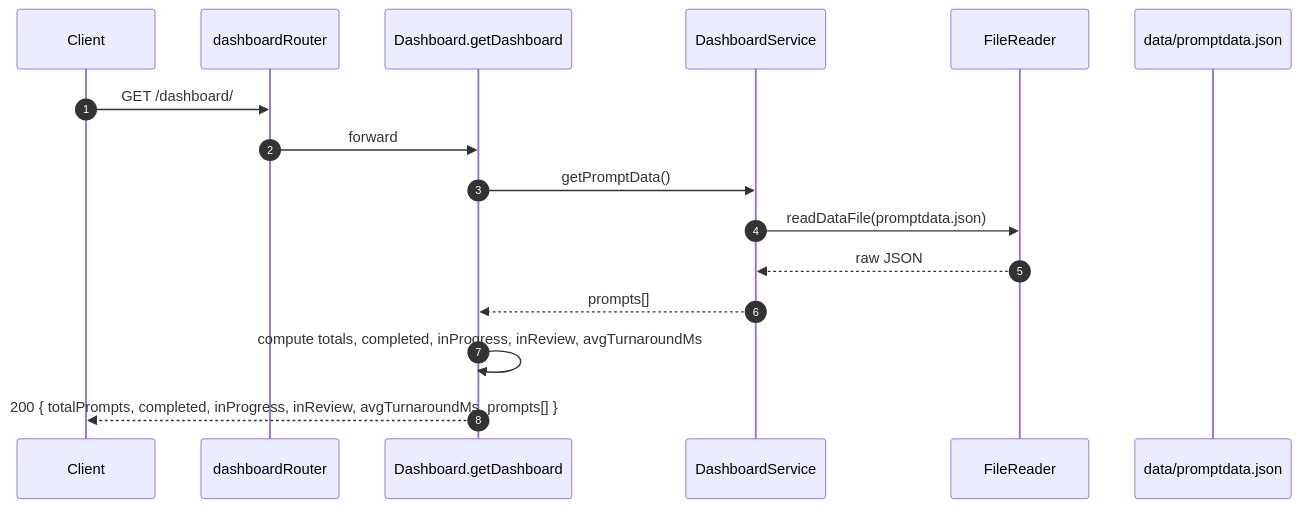
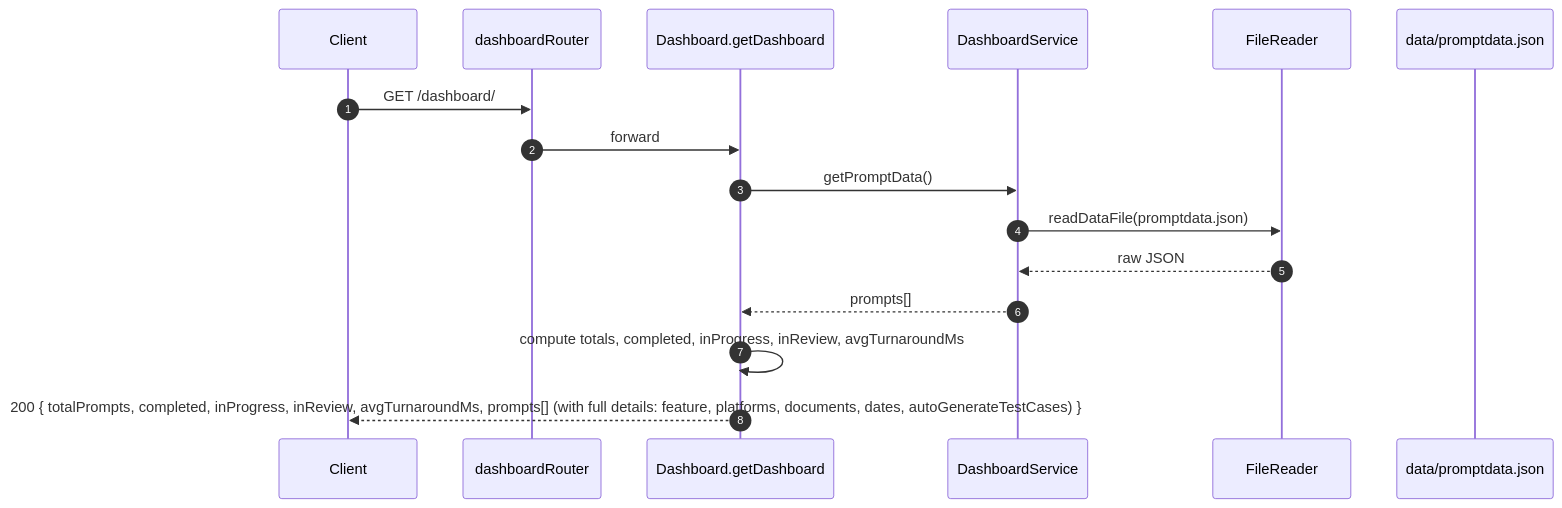
One commit to iamcasperwein/testcase-analysis-and-generator changed the ninth of 17 diagrams in README.md. Above: the diagram before and after it, drawn with Mermaid. The commit also changed other lines of this file and 11 other files, not shown here.

````diff
--- a/README.md
+++ b/README.md
@@ -775,19 +801,19 @@
 ```mermaid
 sequenceDiagram
     autonumber
     participant Client
     participant Router as dashboardRouter
     participant Ctrl as Dashboard.getDashboard
     participant Svc as DashboardService
     participant FR as FileReader
     participant FS as data/promptdata.json
 
     Client->>Router: GET /dashboard/
     Router->>Ctrl: forward
     Ctrl->>Svc: getPromptData()
     Svc->>FR: readDataFile(promptdata.json)
     FR-->>Svc: raw JSON
     Svc-->>Ctrl: prompts[]
     Ctrl->>Ctrl: compute totals, completed, inProgress, inReview, avgTurnaroundMs
-    Ctrl-->>Client: 200 { totalPrompts, completed, inProgress, inReview, avgTurnaroundMs, prompts[] }
+    Ctrl-->>Client: 200 { totalPrompts, completed, inProgress, inReview, avgTurnaroundMs, prompts[] (with full details: feature, platforms, documents, dates, autoGenerateTestCases) }
 ```
````
